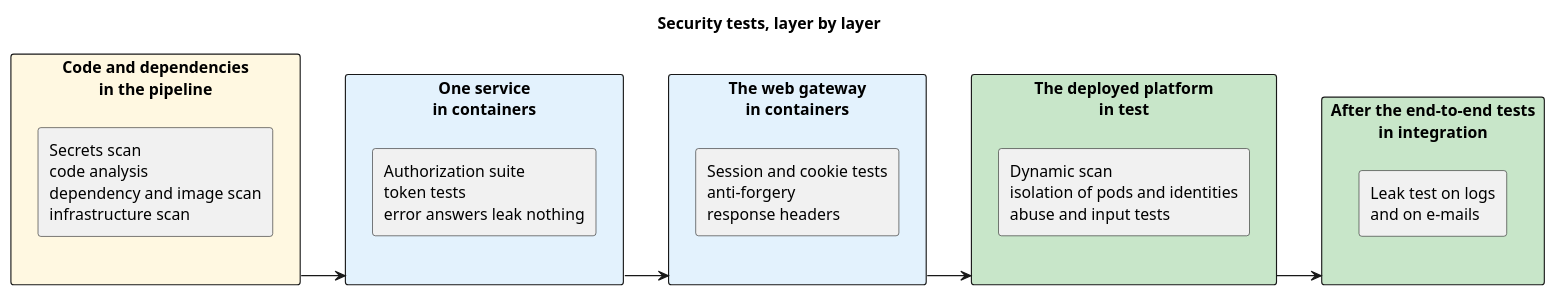
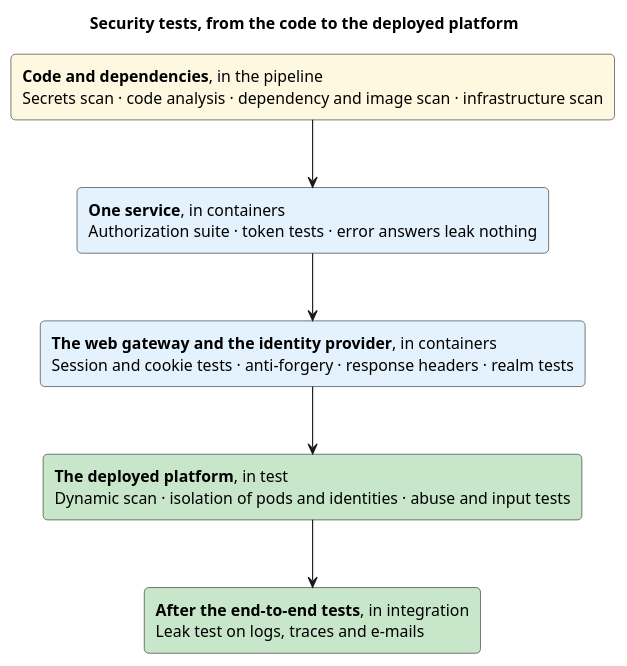
The diagram in doc/2-spec/07-quality-testing/diagrams/security-tests-layers.puml (AxeloLabs/alten-commerce-platform), drawn with PlantUML before and after one commit. The commit also changed 1 other file, not shown here.

Commit message:
doc · W42 — spec LOT 7 : schéma des tests de sécurité empilé pour rester lisible
Cosmos-Worker: w42
Cosmos-Noeuds: doc/2-spec/07-quality-testing, doc/2-spec/07-quality-testing/diagrams

```diff
--- a/doc/2-spec/07-quality-testing/diagrams/security-tests-layers.puml
+++ b/doc/2-spec/07-quality-testing/diagrams/security-tests-layers.puml
@@ -1,27 +1,19 @@
 @startuml
-title Security tests, layer by layer
+title Security tests, from the code to the deployed platform
 
 skinparam componentStyle rectangle
-left to right direction
-
-rectangle "Code and dependencies\nin the pipeline" as L1 #FFF8E1 {
-  component "Secrets scan\ncode analysis\ndependency and image scan\ninfrastructure scan" as T1
-}
-rectangle "One service\nin containers" as L2 #E3F2FD {
-  component "Authorization suite\ntoken tests\nerror answers leak nothing" as T2
-}
-rectangle "The web gateway\nin containers" as L3 #E3F2FD {
-  component "Session and cookie tests\nanti-forgery\nresponse headers" as T3
-}
-rectangle "The deployed platform\nin test" as L4 #C8E6C9 {
-  component "Dynamic scan\nisolation of pods and identities\nabuse and input tests" as T4
-}
-rectangle "After the end-to-end tests\nin integration" as L5 #C8E6C9 {
-  component "Leak test on logs\nand on e-mails" as T5
+skinparam rectangle {
+  RoundCorner 8
 }
 
-L1 --> L2
-L2 --> L3
-L3 --> L4
-L4 --> L5
+rectangle "**Code and dependencies**, in the pipeline\nSecrets scan · code analysis · dependency and image scan · infrastructure scan" as L1 #FFF8E1
+rectangle "**One service**, in containers\nAuthorization suite · token tests · error answers leak nothing" as L2 #E3F2FD
+rectangle "**The web gateway and the identity provider**, in containers\nSession and cookie tests · anti-forgery · response headers · realm tests" as L3 #E3F2FD
+rectangle "**The deployed platform**, in test\nDynamic scan · isolation of pods and identities · abuse and input tests" as L4 #C8E6C9
+rectangle "**After the end-to-end tests**, in integration\nLeak test on logs, traces and e-mails" as L5 #C8E6C9
+
+L1 -down-> L2
+L2 -down-> L3
+L3 -down-> L4
+L4 -down-> L5
 @enduml
```
